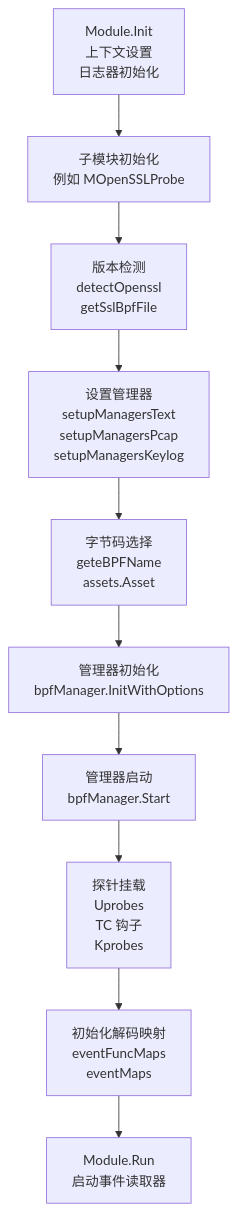
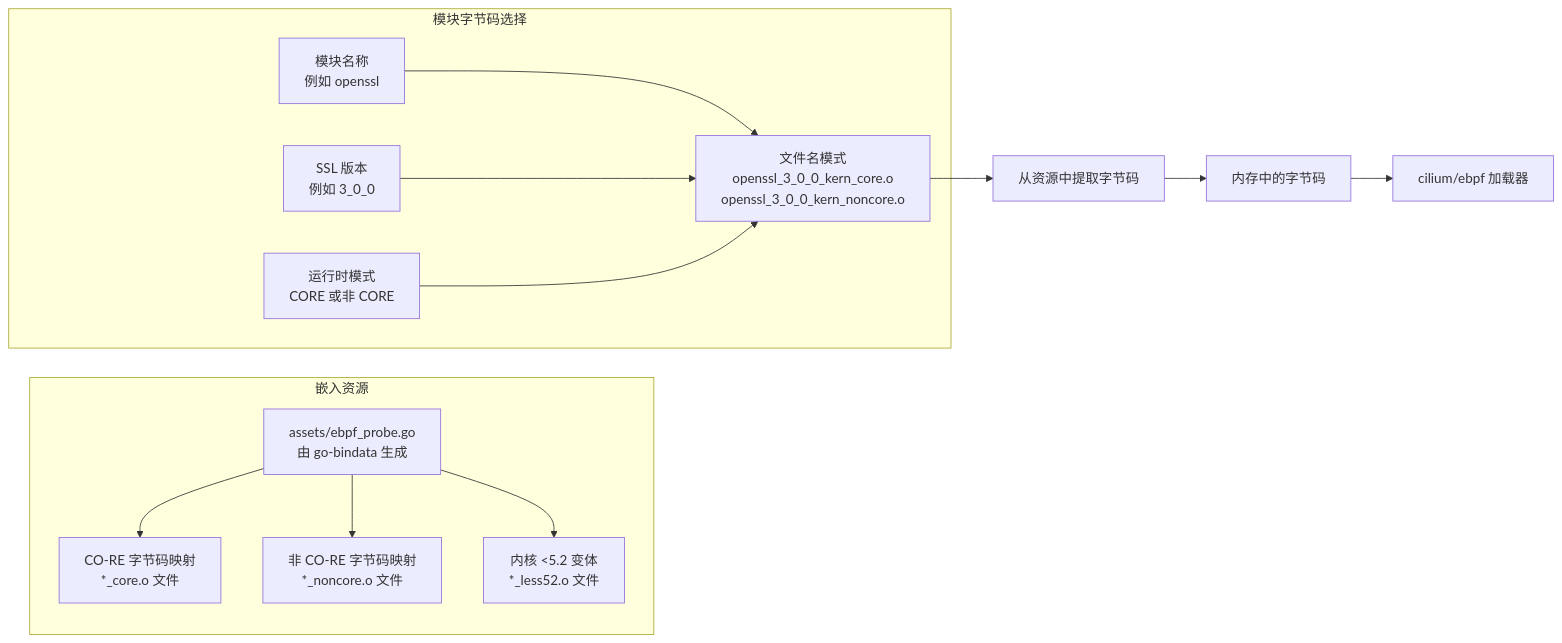
One commit to gojue/ecapture.cc changed the fifth of 11 diagrams in src/zh/2-architecture/2.1-ebpf-engine.md. Above: the diagram before and after it, drawn with Mermaid. The commit also changed other lines of this file and 70 other files, not shown here.

Commit message:
feat: update sidebar and navigation links for architecture and shell command auditing sections

````diff
--- a/src/zh/2-architecture/2.1-ebpf-engine.md
+++ b/src/zh/2-architecture/2.1-ebpf-engine.md
@@ -290,32 +219,30 @@
 ```mermaid
-graph TB
-    INIT["Module.Init<br/>上下文设置<br/>日志器初始化"]
+graph LR
+    subgraph "嵌入资源"
+        AssetsGo["assets/ebpf_probe.go<br/>由 go-bindata 生成"]
+        
+        CoreMap["CO-RE 字节码映射<br/>*_core.o 文件"]
+        NonCoreMap["非 CO-RE 字节码映射<br/>*_noncore.o 文件"]
+        Less52Map["内核 <5.2 变体<br/>*_less52.o 文件"]
+        
+        AssetsGo --> CoreMap
+        AssetsGo --> NonCoreMap
+        AssetsGo --> Less52Map
+    end
     
-    CHILD_INIT["子模块初始化<br/>例如 MOpenSSLProbe"]
+    subgraph "模块字节码选择"
+        ModuleName["模块名称<br/>例如 openssl"]
+        Version["SSL 版本<br/>例如 3_0_0"]
+        Mode["运行时模式<br/>CORE 或非 CORE"]
+        
+        Pattern["文件名模式<br/>openssl_3_0_0_kern_core.o<br/>openssl_3_0_0_kern_noncore.o"]
+        
+        ModuleName --> Pattern
+        Version --> Pattern
+        Mode --> Pattern
+    end
     
-    VERSION["版本检测<br/>detectOpenssl<br/>getSslBpfFile"]
-    
-    SETUP["设置管理器<br/>setupManagersText<br/>setupManagersPcap<br/>setupManagersKeylog"]
-    
-    BYTECODE["字节码选择<br/>geteBPFName<br/>assets.Asset"]
-    
-    INIT_MGR["管理器初始化<br/>bpfManager.InitWithOptions"]
-    
-    START_MGR["管理器启动<br/>bpfManager.Start"]
-    
-    ATTACH["探针挂载<br/>Uprobes<br/>TC 钩子<br/>Kprobes"]
-    
-    DECODE["初始化解码映射<br/>eventFuncMaps<br/>eventMaps"]
-    
-    RUN["Module.Run<br/>启动事件读取器"]
-    
-    INIT --> CHILD_INIT
-    CHILD_INIT --> VERSION
-    VERSION --> SETUP
-    SETUP --> BYTECODE
-    BYTECODE --> INIT_MGR
-    INIT_MGR --> START_MGR
-    START_MGR --> ATTACH
-    ATTACH --> DECODE
-    DECODE --> RUN
+    Pattern --> Extract["从资源中提取字节码"]
+    Extract --> Memory["内存中的字节码"]
+    Memory --> Loader["cilium/ebpf 加载器"]
 ```
````
